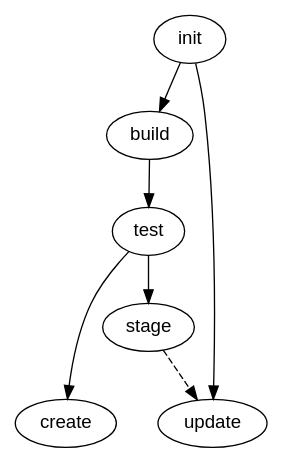
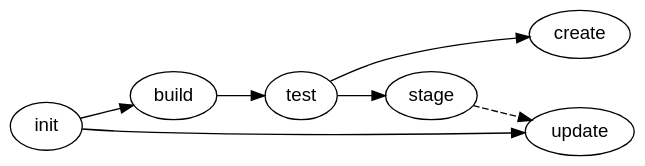
One commit to emdgroup/cfn-make changed the diagram in graph.dot. Above: the diagram before and after it, drawn with Graphviz. The commit also changed 1 other file, not shown here.

```diff
--- a/graph.dot
+++ b/graph.dot
@@ -1,14 +1,15 @@
 digraph G {
-
+  rankdir="LR";
+  bgcolor=transparent;
   node [fontname = "sans-serif"];
   edge [fontname = "sans-serif"];
   init -> build
   test -> stage
   stage -> update [style=dashed]
   test -> create
   build -> test
   init -> update
 
   { rank = same; create; update }
 
 }
```
